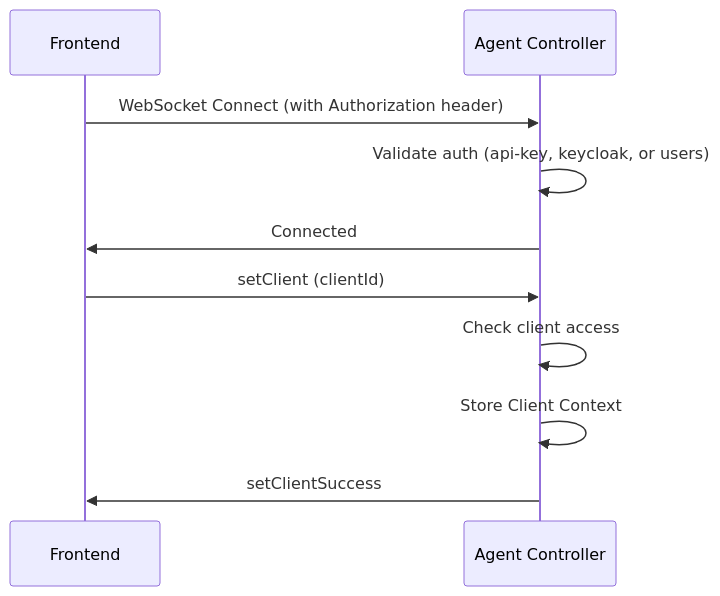
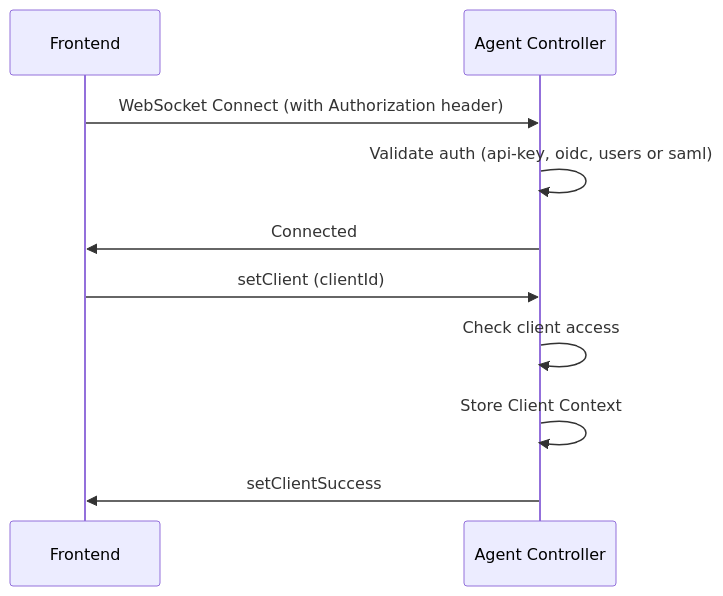
One commit to forepath/one changed the first of 4 diagrams in docs/agenstra/features/websocket-communication.md. Above: the diagram before and after it, drawn with Mermaid. The commit also changed other lines of this file and 402 other files, not shown here.

First line of the commit message:
feat(shared)!: native oidc and saml support (#724)

````diff
--- a/docs/agenstra/features/websocket-communication.md
+++ b/docs/agenstra/features/websocket-communication.md
@@ -45,13 +46,13 @@
 ```mermaid
 sequenceDiagram
     participant F as Frontend
     participant AC as Agent Controller
 
     F->>AC: WebSocket Connect (with Authorization header)
-    AC->>AC: Validate auth (api-key, keycloak, or users)
+    AC->>AC: Validate auth (api-key, oidc, users or saml)
     AC->>F: Connected
     F->>AC: setClient (clientId)
     AC->>AC: Check client access
     AC->>AC: Store Client Context
     AC->>F: setClientSuccess
 ```
````
